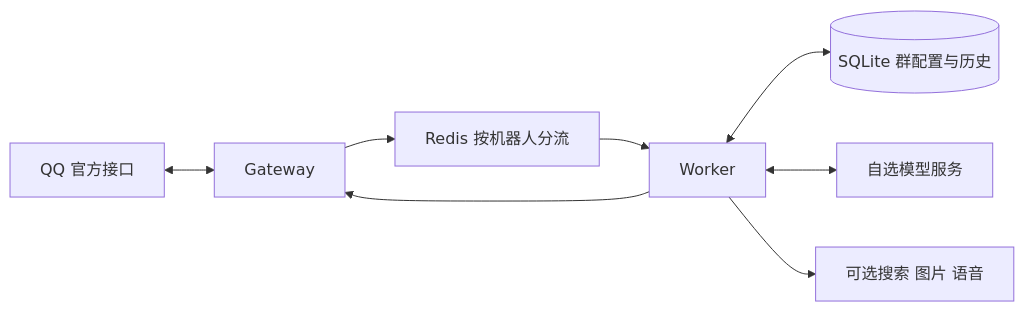
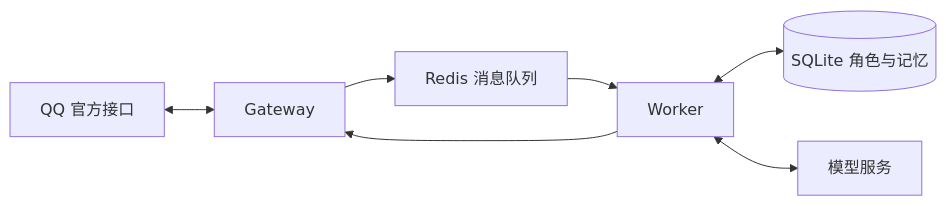
One commit to supertx/qq-tavern changed the diagram in README.md. Above: the diagram before and after it, drawn with Mermaid. The commit also changed other lines of this file and 15 other files, not shown here.

````diff
--- a/README.md
+++ b/README.md
@@ -111,10 +143,9 @@
 ```mermaid
 flowchart LR
   QQ[QQ 官方接口] <--> G[Gateway]
-  G --> R[Redis 按机器人分流]
+  G --> R[Redis 消息队列]
   R --> W[Worker]
   W --> G
-  W <--> DB[(SQLite 群配置与历史)]
-  W <--> M[自选模型服务]
-  W --> T[可选搜索 图片 语音]
+  W <--> DB[(SQLite 角色与记忆)]
+  W <--> M[模型服务]
 ```
````
